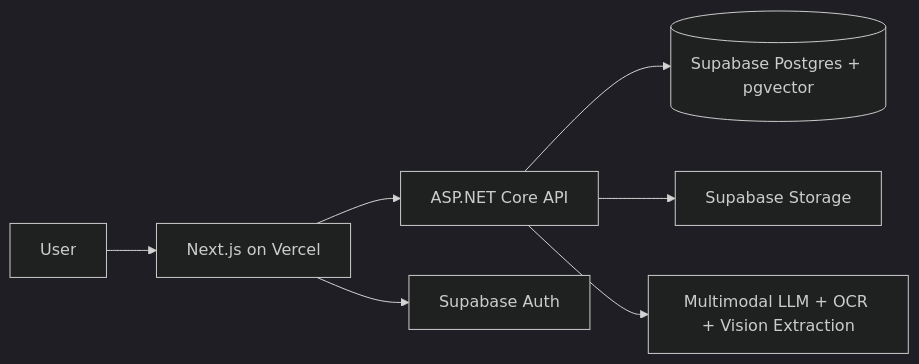
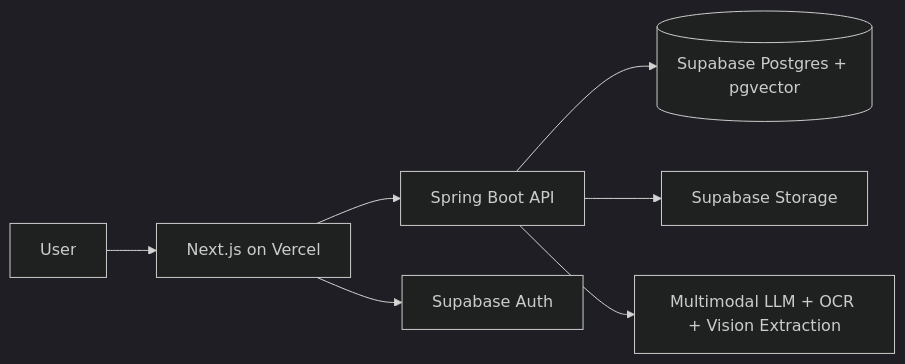
One commit to rmeji3/Nib changed the diagram in README.md. Above: the diagram before and after it, drawn with Mermaid (dark theme). The commit also changed other lines of this file and 268 other files, not shown here.

````diff
--- a/README.md
+++ b/README.md
@@ -49,9 +77,9 @@
 ```mermaid
 flowchart LR
   U[User] --> FE[Next.js on Vercel]
-  FE --> API[ASP.NET Core API]
+  FE --> API[Spring Boot API]
   API --> SBDB[(Supabase Postgres + pgvector)]
   API --> SBST[Supabase Storage]
   API --> MM[Multimodal LLM + OCR + Vision Extraction]
   FE --> SBA[Supabase Auth]
 ```
````
